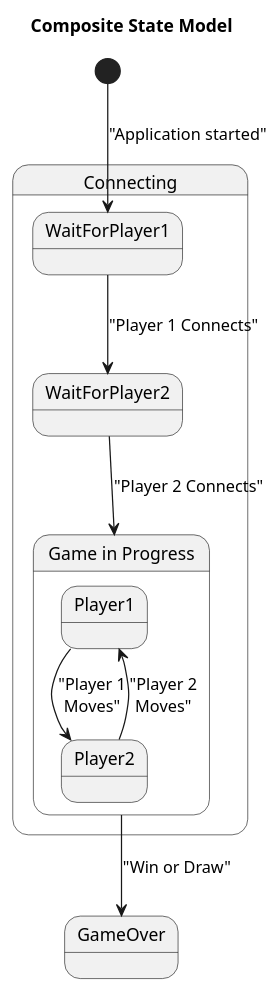
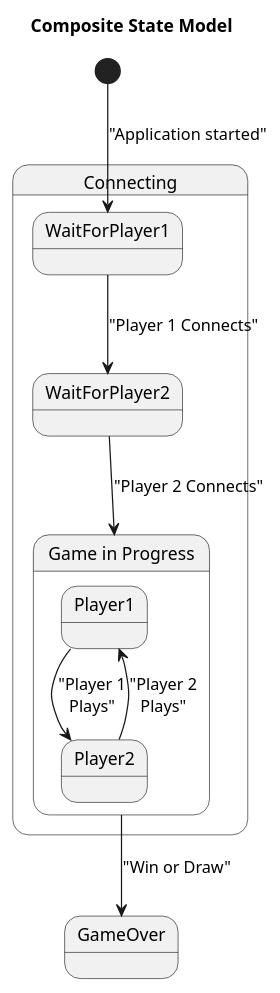
The diagram in diagrams/state-diagram.puml (TomSpencerLondon/TicTacToe4), drawn with PlantUML before and after one commit. The commit also changed 3 other files, not shown here.

```diff
--- a/diagrams/state-diagram.puml
+++ b/diagrams/state-diagram.puml
@@ -1,17 +1,19 @@
 @startuml
 
 title Composite State Model
 state "Connecting" as Connecting {
   WaitForPlayer1 --> WaitForPlayer2 : "Player 1 Connects"
   WaitForPlayer2 --> GameInProgress : "Player 2 Connects"
 }
 state "Game in Progress" as GameInProgress {
   state Player1
   state Player2
-  Player1 --> Player2: "Player 1\nMoves"
-  Player2 --> Player1: "Player 2\nMoves"
+  Player1 --> Player2: "Player 1\nPlays"
+  Player2 --> Player1: "Player 2\nPlays"
 }
+
+
 
 [*] -->  WaitForPlayer1 : "Application started"
 GameInProgress --> GameOver : "Win or Draw"
 @enduml
```
